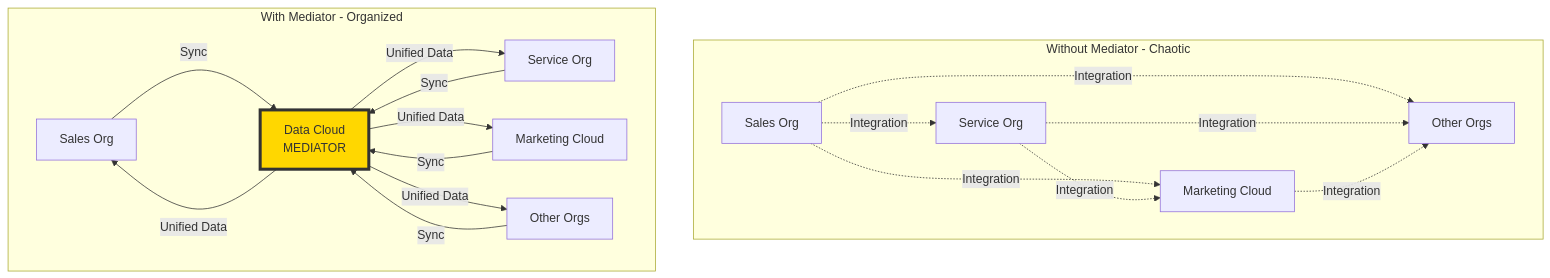
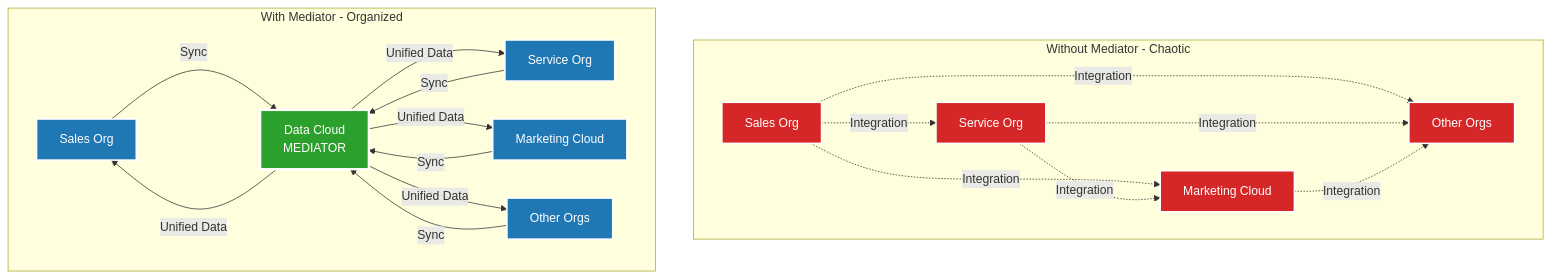
One commit to arupsarkar-sfdc/Misc changed the seventh of 20 diagrams in README_DataCloud_Patterns_Data_Examples.md. Above: the diagram before and after it, drawn with Mermaid. The commit also changed other lines of this file and 1 other file, not shown here.

````diff
--- a/README_DataCloud_Patterns_Data_Examples.md
+++ b/README_DataCloud_Patterns_Data_Examples.md
@@ -420,25 +1457,33 @@
 ```mermaid
 graph TB
     subgraph "Without Mediator - Chaotic"
         SO1[Sales Org] -.->|Integration| SV1[Service Org]
         SO1 -.->|Integration| MC1[Marketing Cloud]
         SO1 -.->|Integration| OO1[Other Orgs]
         SV1 -.->|Integration| MC1
         SV1 -.->|Integration| OO1
         MC1 -.->|Integration| OO1
     end
     
     subgraph "With Mediator - Organized"
         SO2[Sales Org] -->|Sync| DC[Data Cloud<br/>MEDIATOR]
         SV2[Service Org] -->|Sync| DC
         MC2[Marketing Cloud] -->|Sync| DC
         OO2[Other Orgs] -->|Sync| DC
         
         DC -->|Unified Data| SO2
         DC -->|Unified Data| SV2
         DC -->|Unified Data| MC2
         DC -->|Unified Data| OO2
     end
     
-    style DC fill:#FFD700,stroke:#333,stroke-width:4px
+    style DC fill:#2ca02c,stroke:#ffffff,stroke-width:3px,color:#ffffff
+    style SO1 fill:#d62728,stroke:#ffffff,stroke-width:2px,color:#ffffff
+    style SV1 fill:#d62728,stroke:#ffffff,stroke-width:2px,color:#ffffff
+    style MC1 fill:#d62728,stroke:#ffffff,stroke-width:2px,color:#ffffff
+    style OO1 fill:#d62728,stroke:#ffffff,stroke-width:2px,color:#ffffff
+    style SO2 fill:#1f77b4,stroke:#ffffff,stroke-width:2px,color:#ffffff
+    style SV2 fill:#1f77b4,stroke:#ffffff,stroke-width:2px,color:#ffffff
+    style MC2 fill:#1f77b4,stroke:#ffffff,stroke-width:2px,color:#ffffff
+    style OO2 fill:#1f77b4,stroke:#ffffff,stroke-width:2px,color:#ffffff
 ```
````
